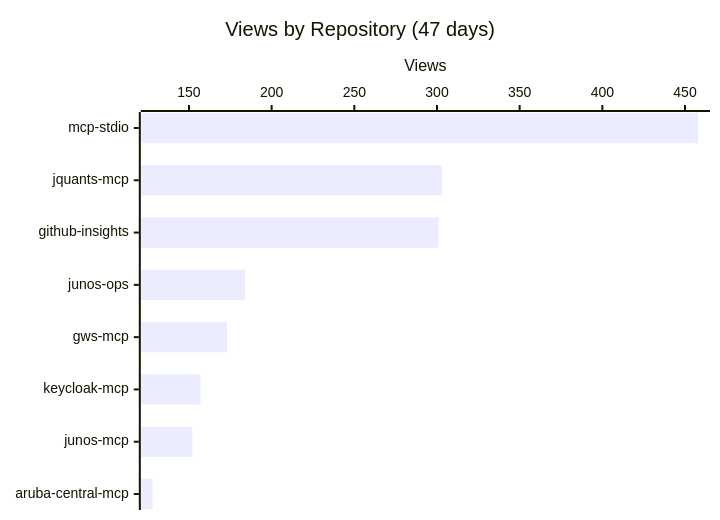
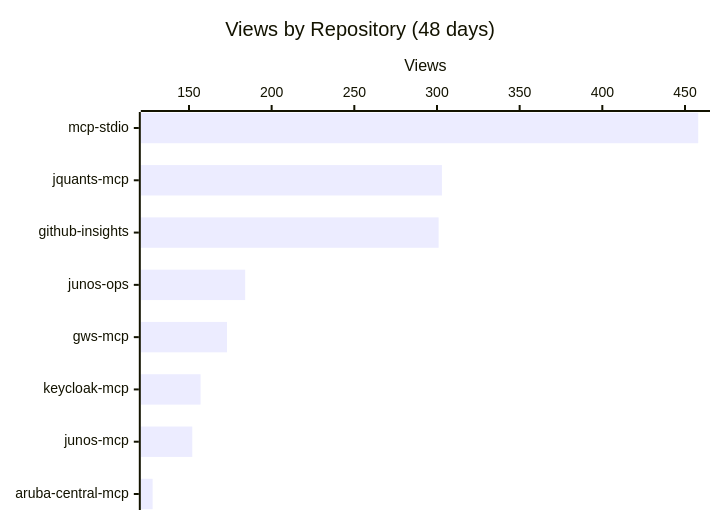
The first of 3 diagrams in README.md (shigechika/github-insights), drawn with Mermaid before and after one commit. The commit also changed other lines of this file and 2 other files, not shown here.

````diff
--- a/README.md
+++ b/README.md
@@ -18,7 +18,7 @@
 ```mermaid
 xychart-beta horizontal
-    title "Views by Repository (47 days)"
+    title "Views by Repository (48 days)"
     x-axis ["mcp-stdio", "jquants-mcp", "github-insights", "junos-ops", "gws-mcp", "keycloak-mcp", "junos-mcp", "aruba-central-mcp"]
     y-axis "Views"
     bar [458, 303, 301, 184, 173, 157, 152, 128]
 ```
````
